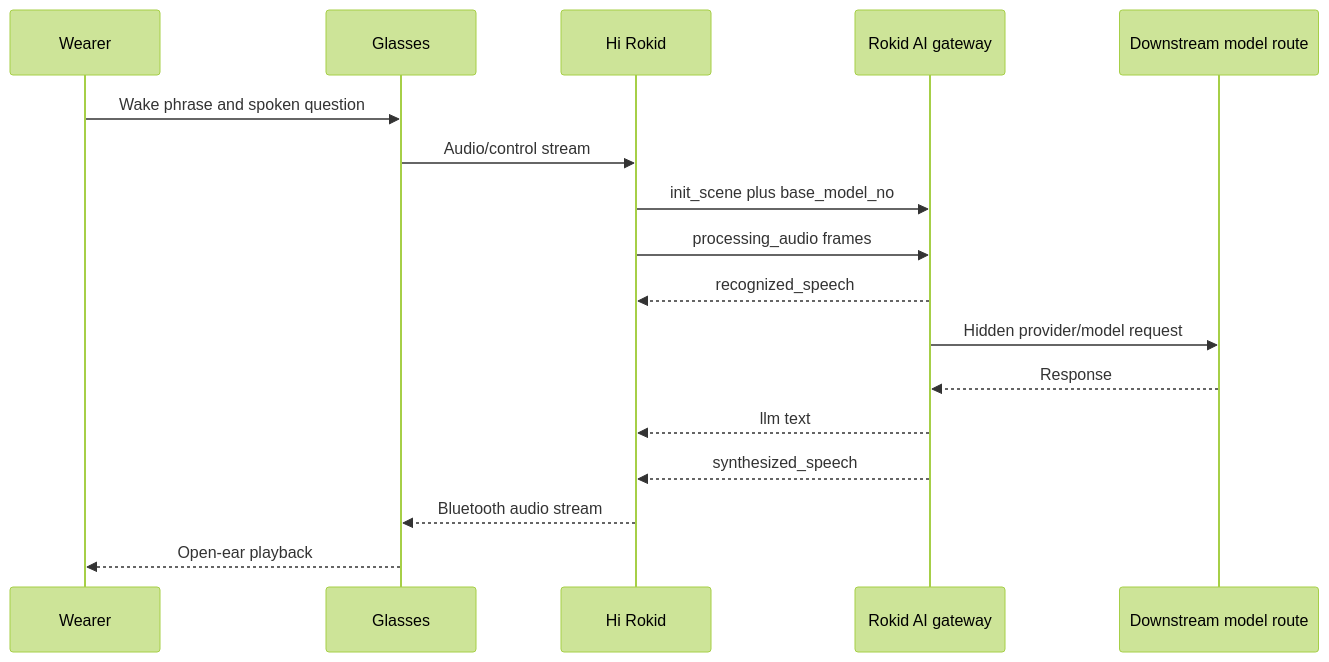
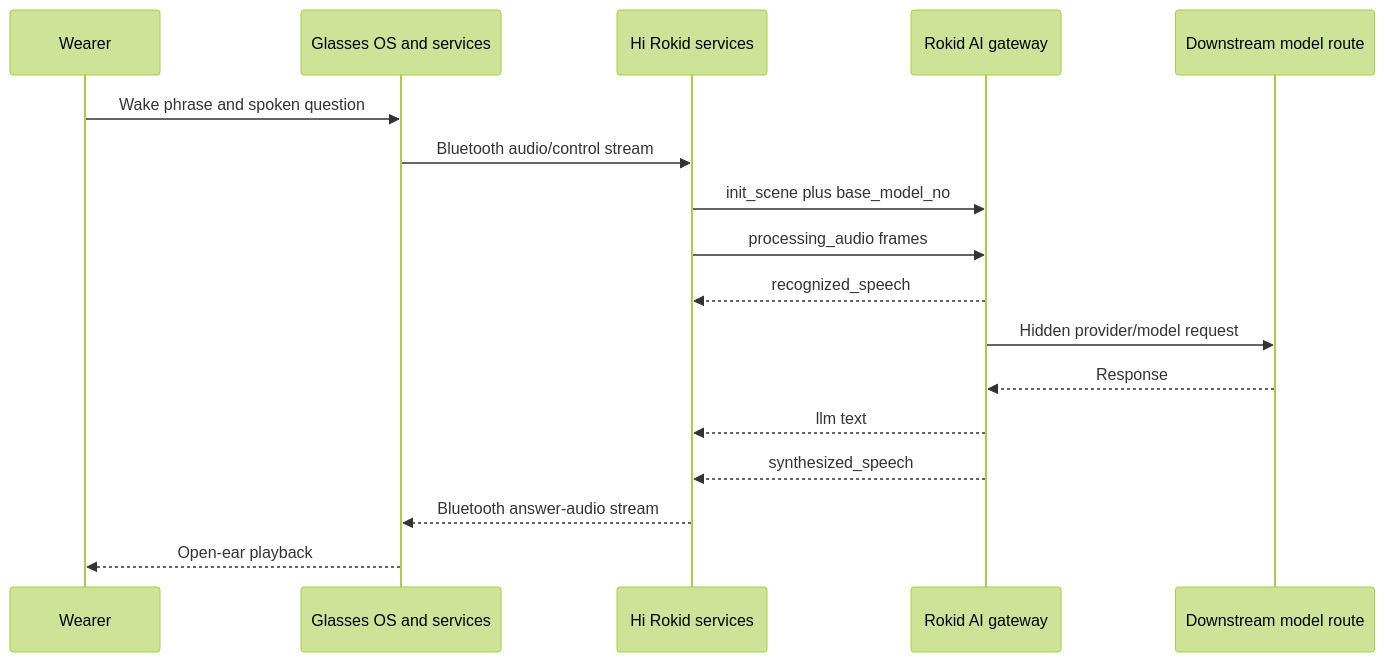
Before and after one commit to aimindseye/rokid-ai-glasses: the third of 5 diagrams in docs/architecture/non-display-system-architecture.md, drawn with Mermaid (forest theme). The commit also changed other lines of this file and 2 other files, not shown here.

Commit message:
docs: clarify glasses and app architecture

````diff
--- a/docs/architecture/non-display-system-architecture.md
+++ b/docs/architecture/non-display-system-architecture.md
@@ -119,20 +353,20 @@
 ```mermaid
 sequenceDiagram
     participant U as Wearer
-    participant G as Glasses
-    participant A as Hi Rokid
+    participant G as Glasses OS and services
+    participant A as Hi Rokid services
     participant R as Rokid AI gateway
     participant M as Downstream model route
 
     U->>G: Wake phrase and spoken question
-    G->>A: Audio/control stream
+    G->>A: Bluetooth audio/control stream
     A->>R: init_scene plus base_model_no
     A->>R: processing_audio frames
     R-->>A: recognized_speech
     R->>M: Hidden provider/model request
     M-->>R: Response
     R-->>A: llm text
     R-->>A: synthesized_speech
-    A-->>G: Bluetooth audio stream
+    A-->>G: Bluetooth answer-audio stream
     G-->>U: Open-ear playback
 ```
````
